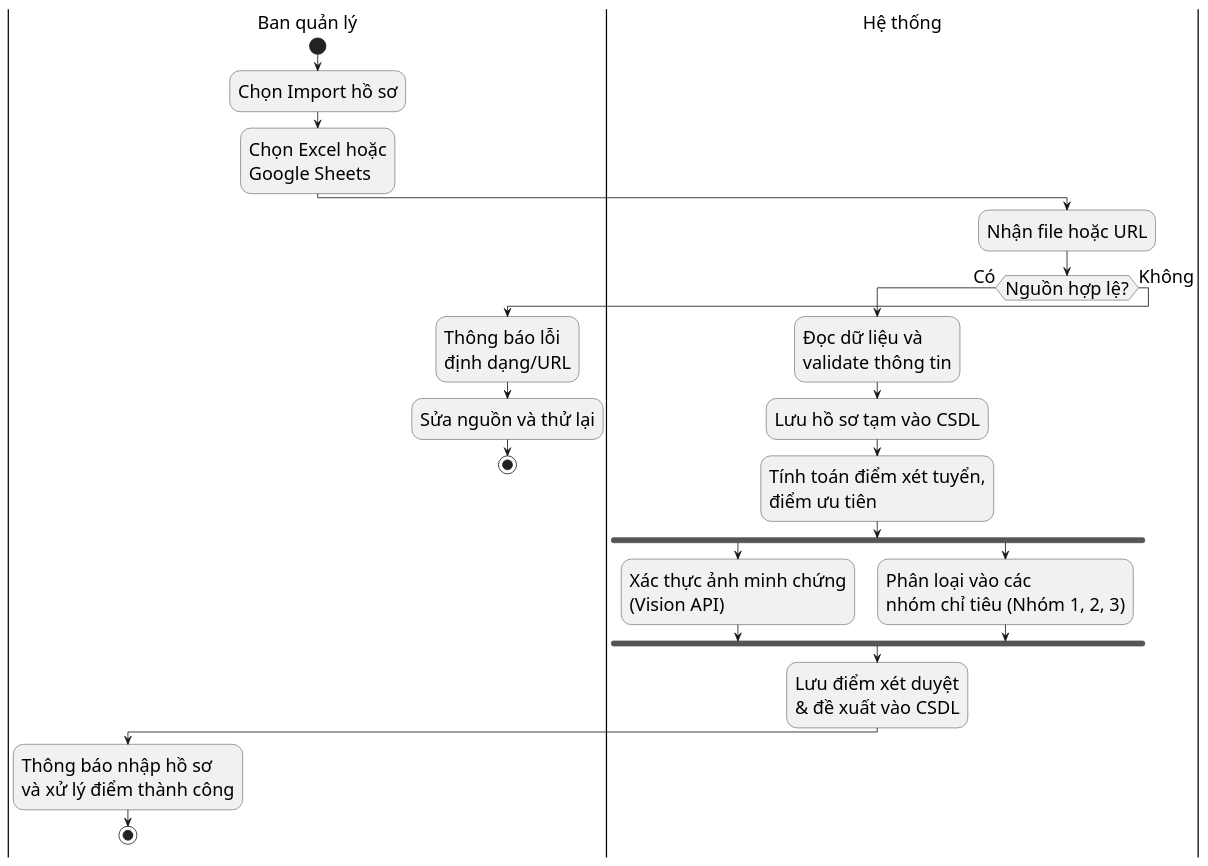
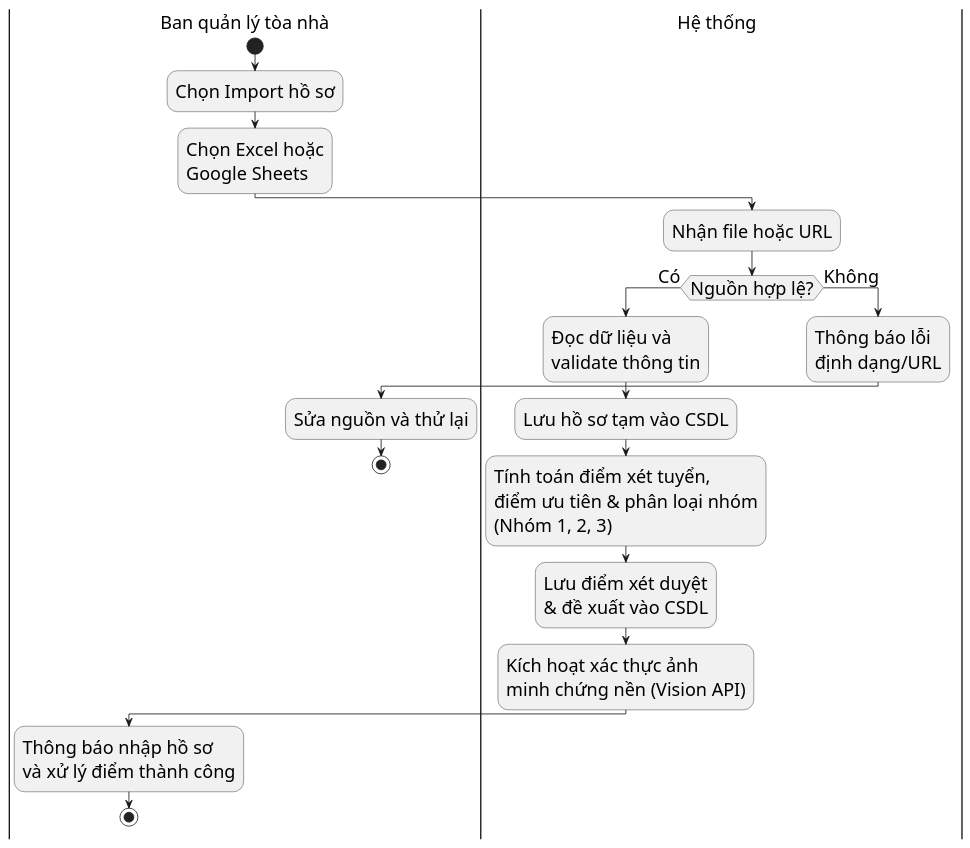
Before and after one commit to s0nbuildtech287/dormitory-frontend: the diagram in diagrams/nhomhosodangky/registration_import_activity.puml, drawn with PlantUML. The commit also changed 1 other file, not shown here.

```diff
--- a/diagrams/nhomhosodangky/registration_import_activity.puml
+++ b/diagrams/nhomhosodangky/registration_import_activity.puml
@@ -1,29 +1,28 @@
 @startuml "Registration Import Activity"
 skinparam defaultFontSize 22
 skinparam defaultFontName "Times New Roman"
-|Ban quản lý|
+skinparam swimlaneWidth same
+
+|Ban quản lý tòa nhà|
 start
 :Chọn Import hồ sơ;
 :Chọn Excel hoặc\nGoogle Sheets;
 |Hệ thống|
 :Nhận file hoặc URL;
 if (Nguồn hợp lệ?) then (Có)
   :Đọc dữ liệu và\nvalidate thông tin;
   :Lưu hồ sơ tạm vào CSDL;
-  :Tính toán điểm xét tuyển,\nđiểm ưu tiên ;
-  fork
-    :Xác thực ảnh minh chứng\n(Vision API);
-  fork again
-    :Phân loại vào các\nnhóm chỉ tiêu (Nhóm 1, 2, 3);
-  end fork
+  :Tính toán điểm xét tuyển,\nđiểm ưu tiên & phân loại nhóm\n(Nhóm 1, 2, 3);
   :Lưu điểm xét duyệt\n& đề xuất vào CSDL;
-  |Ban quản lý|
+  :Kích hoạt xác thực ảnh\nminh chứng nền (Vision API);
+  |Ban quản lý tòa nhà|
   :Thông báo nhập hồ sơ\nvà xử lý điểm thành công;
   stop
 else (Không)
+  |Hệ thống|
   :Thông báo lỗi\nđịnh dạng/URL;
-  |Ban quản lý|
+  |Ban quản lý tòa nhà|
   :Sửa nguồn và thử lại;
   stop
 endif
 @enduml
```
